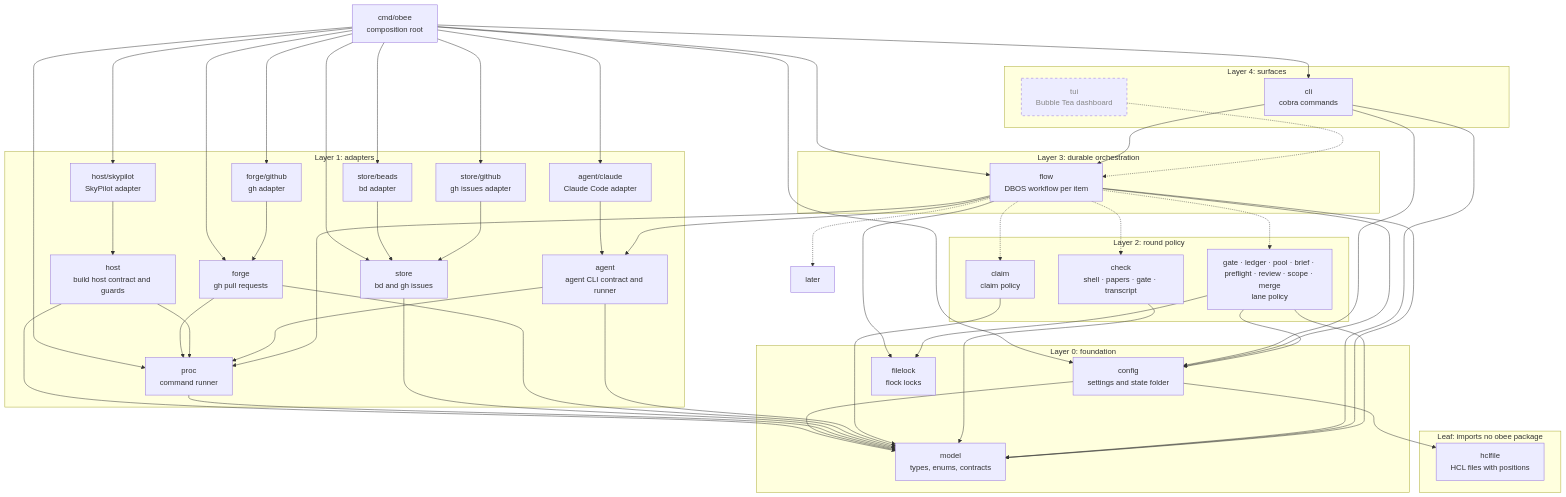
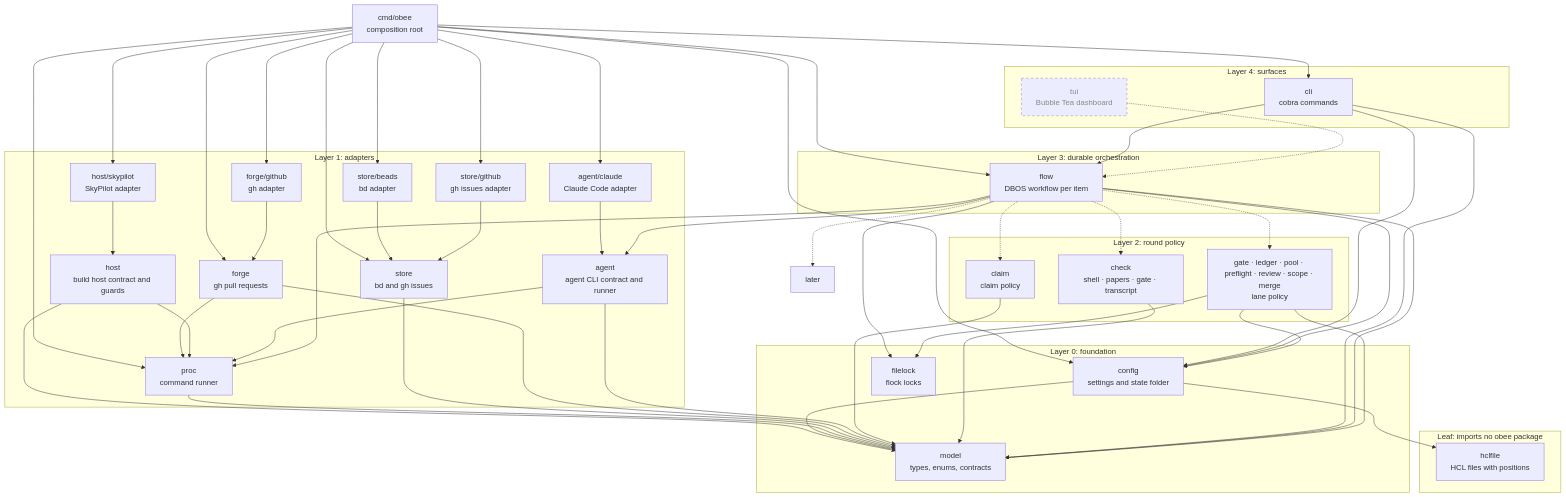
The first of 3 diagrams in docs/architecture.md (tobocop2/beehave), drawn with Mermaid before and after one commit. The commit also changed other lines of this file and 62 other files, not shown here.

```diff
--- a/docs/architecture.md
+++ b/docs/architecture.md
@@ -24,7 +24,7 @@
     subgraph L2["Layer 2: round policy"]
         claim["claim<br/>claim policy"]
         check["check<br/>shell · papers · gate · transcript"]
-        policy["gate · ledger · pool · brief · preflight · review · scope · merge<br/>lane policy"]
+        policy["gate · ledger · pool · preflight · review · scope · merge<br/>lane policy"]
     end
 
     subgraph L1["Layer 1: adapters"]
```
